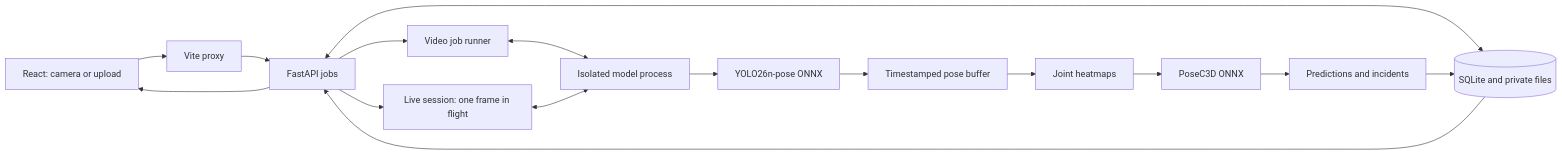
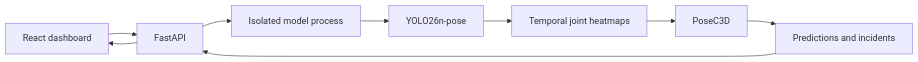
Before and after one commit to vihaanbishnoi/ICare: the diagram in README.md, drawn with Mermaid. The commit also changed other lines of this file, not shown here.

````diff
--- a/README.md
+++ b/README.md
@@ -28,18 +27,11 @@
 ```mermaid
 flowchart LR
-    Browser[React: camera or upload] --> Proxy[Vite proxy]
-    Proxy --> API[FastAPI jobs]
-    API --> Worker[Video job runner]
-    API --> Live[Live session: one frame in flight]
-    API <--> Store[(SQLite and private files)]
-    Worker <--> Engine[Isolated model process]
-    Live <--> Engine
-    Engine --> Pose[YOLO26n-pose ONNX]
-    Pose --> Buffer[Timestamped pose buffer]
-    Buffer --> Heatmaps[Joint heatmaps]
-    Heatmaps --> Model[PoseC3D ONNX]
+    UI[React dashboard] --> API[FastAPI]
+    API --> Engine[Isolated model process]
+    Engine --> Pose[YOLO26n-pose]
+    Pose --> Heatmaps[Temporal joint heatmaps]
+    Heatmaps --> Model[PoseC3D]
     Model --> Results[Predictions and incidents]
-    Results --> Store
-    Store --> API
-    API --> Browser
+    Results --> API
+    API --> UI
 ```
````
